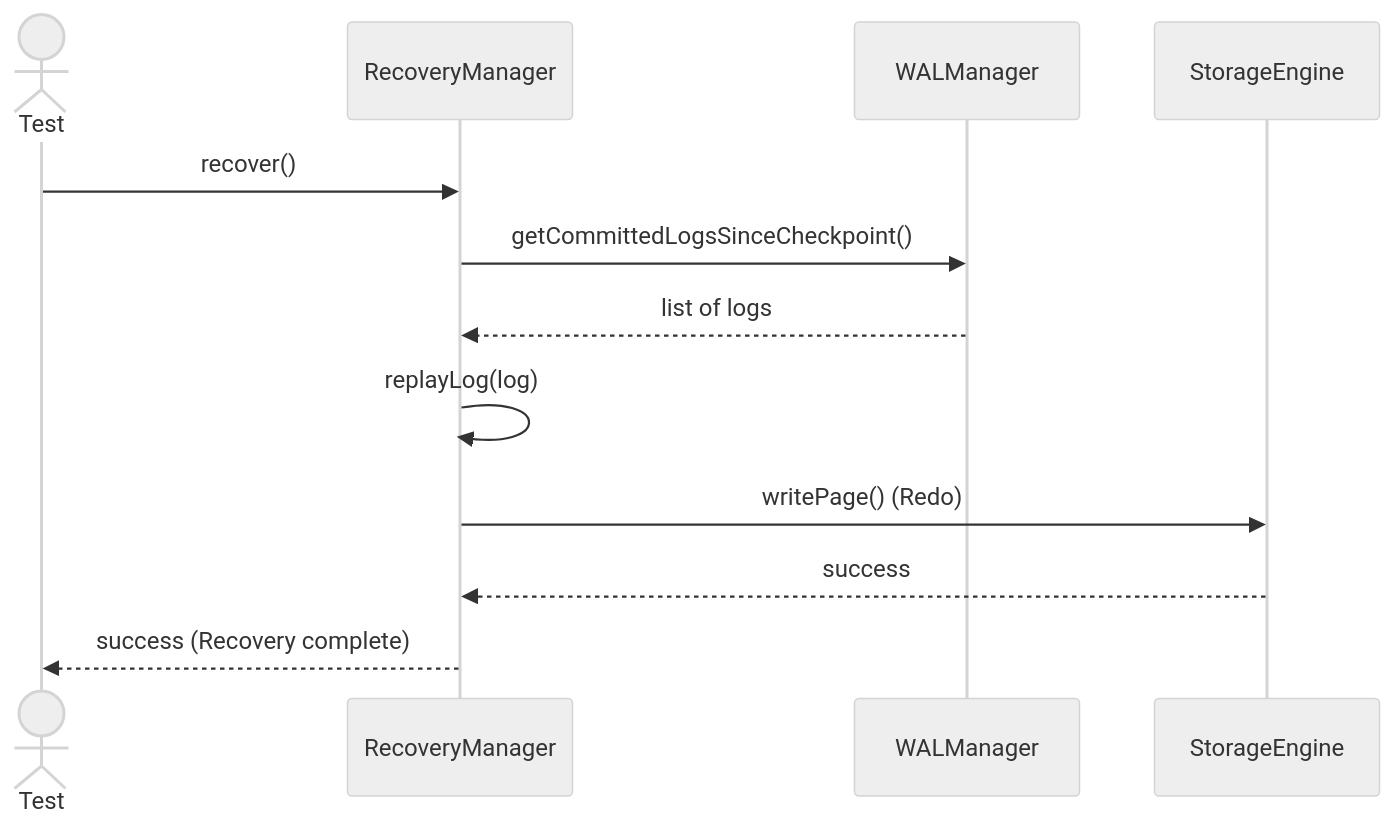
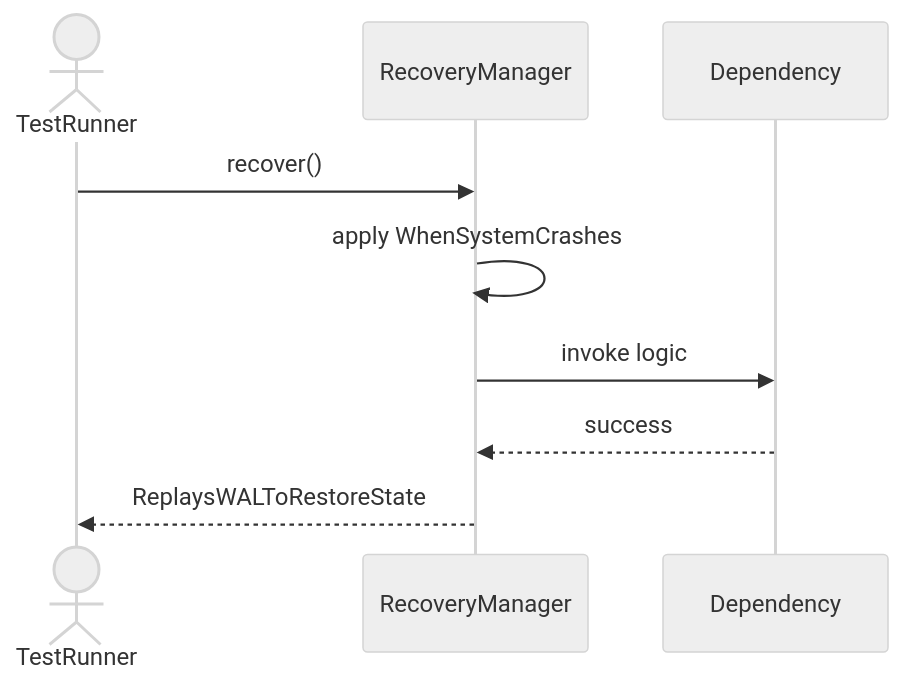
Before and after one commit to TamBui1706/DBMS: the first of 6 diagrams in Sequences/BackupDurability/RecoveryManager.md, drawn with Mermaid (neutral theme). The commit also changed other lines of this file and 63 other files, not shown here.

Commit message:
Draw sequence diagram for unit tests

````diff
--- a/Sequences/BackupDurability/RecoveryManager.md
+++ b/Sequences/BackupDurability/RecoveryManager.md
@@ -15,15 +18,10 @@
 ```mermaid
 sequenceDiagram
-    actor Test
+    actor TestRunner
     participant RecoveryManager
-    participant WALManager
-    participant StorageEngine
-
-    Test->>RecoveryManager: recover()
-    RecoveryManager->>WALManager: getCommittedLogsSinceCheckpoint()
-    WALManager-->>RecoveryManager: list of logs
-    RecoveryManager->>RecoveryManager: replayLog(log)
-    RecoveryManager->>StorageEngine: writePage() (Redo)
-    StorageEngine-->>RecoveryManager: success
-    RecoveryManager-->>Test: success (Recovery complete)
+    TestRunner->>RecoveryManager: recover()
+    RecoveryManager->>RecoveryManager: apply WhenSystemCrashes
+    RecoveryManager->>Dependency: invoke logic
+    Dependency-->>RecoveryManager: success
+    RecoveryManager-->>TestRunner: ReplaysWALToRestoreState
 ```
````
